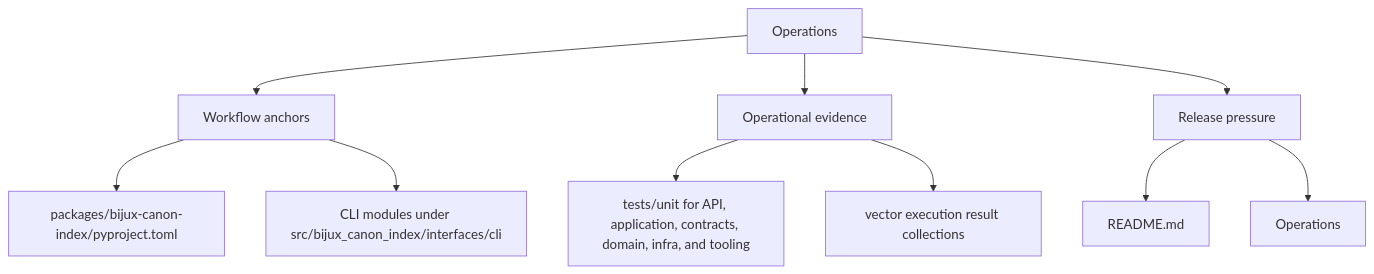
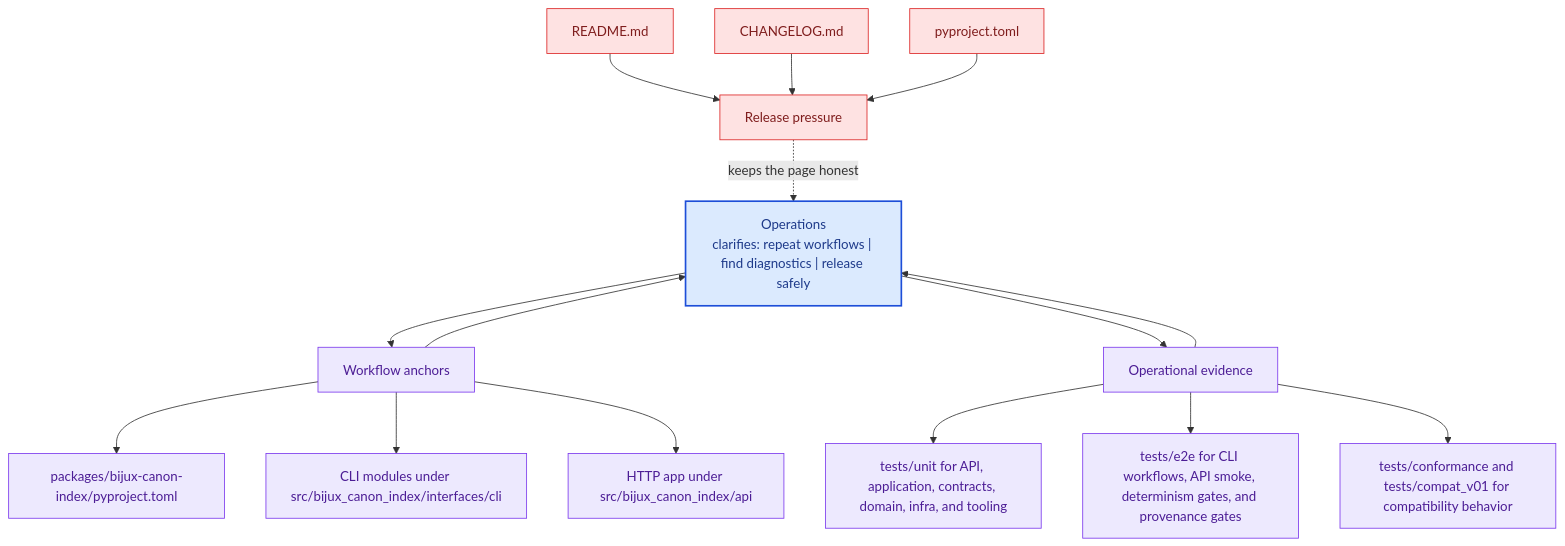
The second of 2 diagrams in docs/bijux-canon-index/operations/index.md (bijux/bijux-canon), drawn with Mermaid before and after one commit. The commit also changed other lines of this file and 281 other files, not shown here.

Commit message:
docs(diagrams): deepen handbook mermaid maps across the catalog

````diff
--- a/docs/bijux-canon-index/operations/index.md
+++ b/docs/bijux-canon-index/operations/index.md
@@ -32,22 +65,41 @@
 ```mermaid
-flowchart TD
-    page["Operations"]
+flowchart TB
+    promise["Operations<br/>clarifies: repeat workflows | find diagnostics | release safely"]
+    classDef promise fill:#dbeafe,stroke:#1d4ed8,color:#1e3a8a,stroke-width:2px;
+    classDef driver fill:#dcfce7,stroke:#16a34a,color:#14532d;
+    classDef constraint fill:#fee2e2,stroke:#dc2626,color:#7f1d1d;
+    classDef ground fill:#ede9fe,stroke:#7c3aed,color:#4c1d95;
     focus1["Workflow anchors"]
-    page --> focus1
+    focus1 --> promise
+    promise --> focus1
     focus1_1["packages/bijux-canon-index/pyproject.toml"]
     focus1 --> focus1_1
     focus1_2["CLI modules under src/bijux_canon_index/interfaces/cli"]
     focus1 --> focus1_2
+    focus1_3["HTTP app under src/bijux_canon_index/api"]
+    focus1 --> focus1_3
+    class focus1 ground;
+    class focus1_1,focus1_2,focus1_3 ground;
     focus2["Operational evidence"]
-    page --> focus2
+    focus2 --> promise
+    promise --> focus2
     focus2_1["tests/unit for API, application, contracts, domain, infra, and tooling"]
     focus2 --> focus2_1
-    focus2_2["vector execution result collections"]
+    focus2_2["tests/e2e for CLI workflows, API smoke, determinism gates, and provenance gates"]
     focus2 --> focus2_2
+    focus2_3["tests/conformance and tests/compat_v01 for compatibility behavior"]
+    focus2 --> focus2_3
+    class focus2 ground;
+    class focus2_1,focus2_2,focus2_3 ground;
     focus3["Release pressure"]
-    page --> focus3
+    focus3 -.keeps the page honest.-> promise
     focus3_1["README.md"]
-    focus3 --> focus3_1
-    focus3_2["Operations"]
-    focus3 --> focus3_2
+    focus3_1 --> focus3
+    focus3_2["CHANGELOG.md"]
+    focus3_2 --> focus3
+    focus3_3["pyproject.toml"]
+    focus3_3 --> focus3
+    class focus3 constraint;
+    class focus3_1,focus3_2,focus3_3 constraint;
+    class promise promise;
 ```
````
